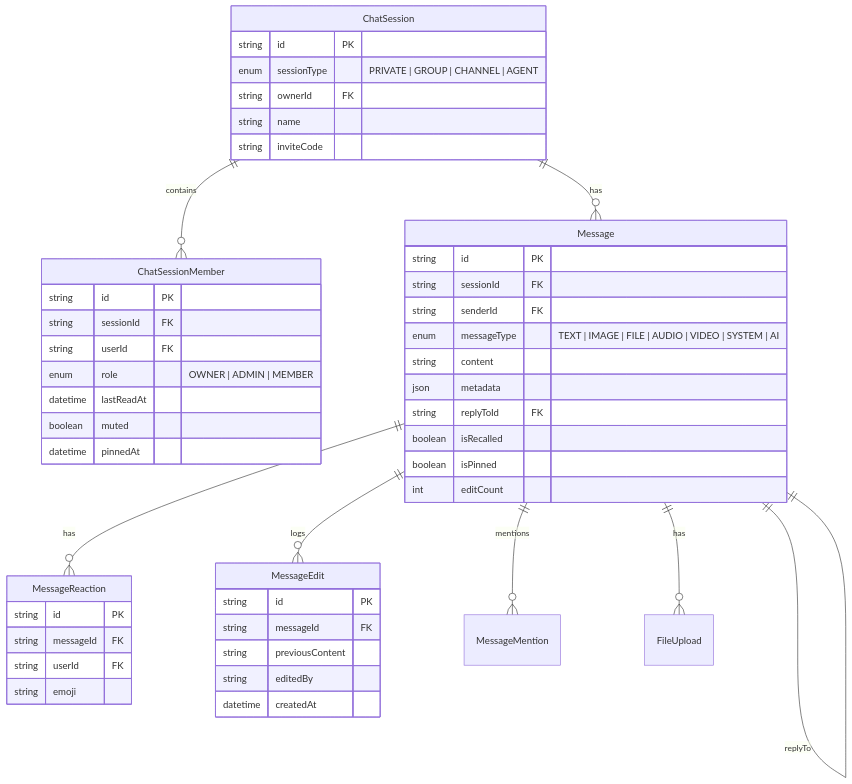
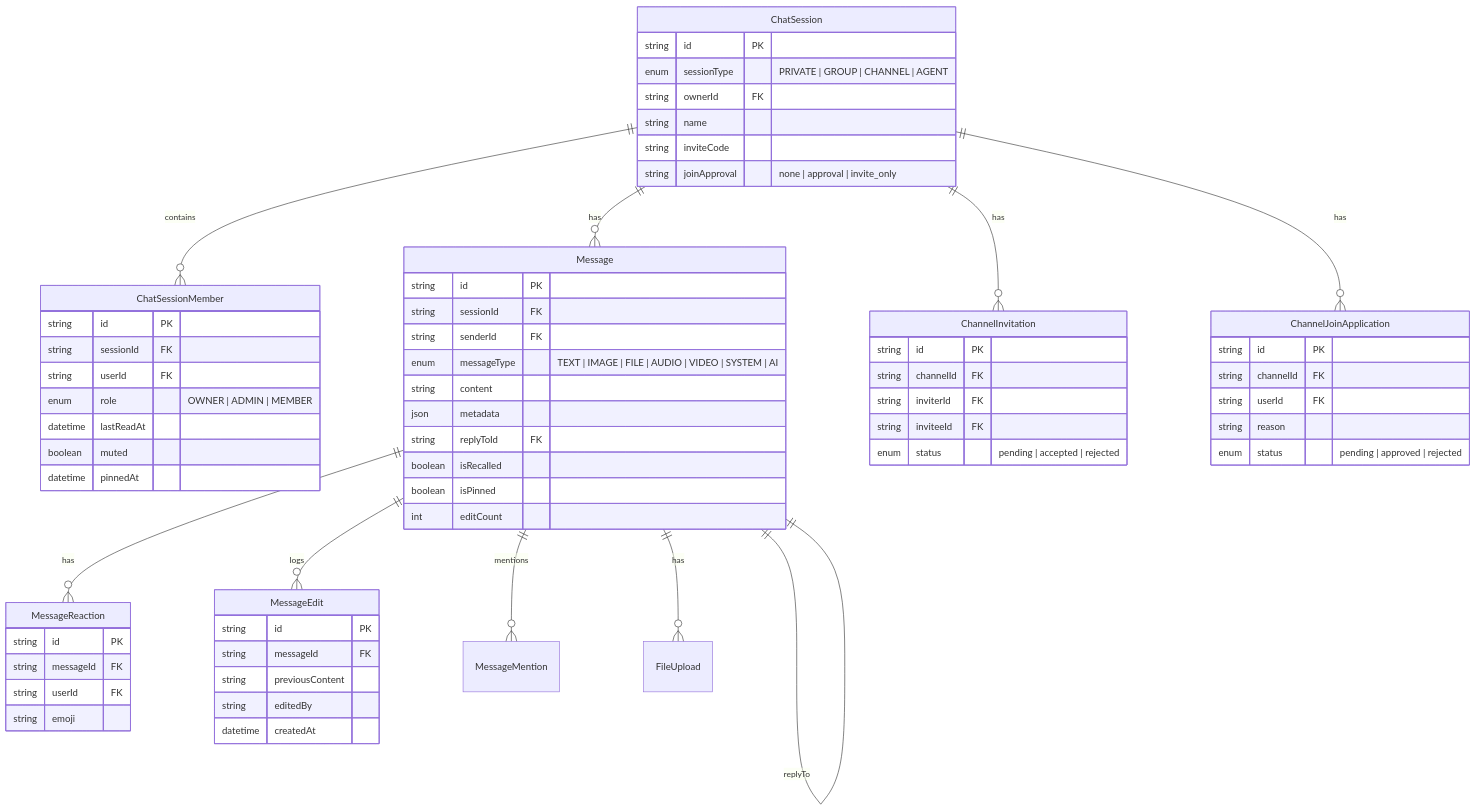
Before and after one commit to Elyxiya/chat-ai: the third of 3 diagrams in docs/项目核心功能介绍/后端/02-聊天模块.md, drawn with Mermaid. The commit also changed other lines of this file and 49 other files, not shown here.

````diff
--- a/docs/项目核心功能介绍/后端/02-聊天模块.md
+++ b/docs/项目核心功能介绍/后端/02-聊天模块.md
@@ -283,56 +416,75 @@
 ```mermaid
 erDiagram
     ChatSession ||--o{ ChatSessionMember : contains
     ChatSession ||--o{ Message : has
+    ChatSession ||--o{ ChannelInvitation : has
+    ChatSession ||--o{ ChannelJoinApplication : has
     Message ||--o{ MessageReaction : has
     Message ||--o{ MessageEdit : logs
     Message ||--o{ MessageMention : mentions
     Message ||--o{ FileUpload : has
     Message ||--|| Message : replyTo
 
     ChatSession {
         string id PK
         enum sessionType "PRIVATE | GROUP | CHANNEL | AGENT"
         string ownerId FK
         string name
         string inviteCode
+        string joinApproval "none | approval | invite_only"
     }
 
     ChatSessionMember {
         string id PK
         string sessionId FK
         string userId FK
         enum role "OWNER | ADMIN | MEMBER"
         datetime lastReadAt
         boolean muted
         datetime pinnedAt
+    }
+
+    ChannelInvitation {
+        string id PK
+        string channelId FK
+        string inviterId FK
+        string inviteeId FK
+        enum status "pending | accepted | rejected"
+    }
+
+    ChannelJoinApplication {
+        string id PK
+        string channelId FK
+        string userId FK
+        string reason
+        enum status "pending | approved | rejected"
     }
 
     Message {
         string id PK
         string sessionId FK
         string senderId FK
         enum messageType "TEXT | IMAGE | FILE | AUDIO | VIDEO | SYSTEM | AI"
         string content
         json metadata
         string replyToId FK
         boolean isRecalled
         boolean isPinned
         int editCount
     }
 
     MessageEdit {
         string id PK
         string messageId FK
         string previousContent
         string editedBy
         datetime createdAt
     }
 
     MessageReaction {
         string id PK
         string messageId FK
         string userId FK
         string emoji
     }
 ```
````
